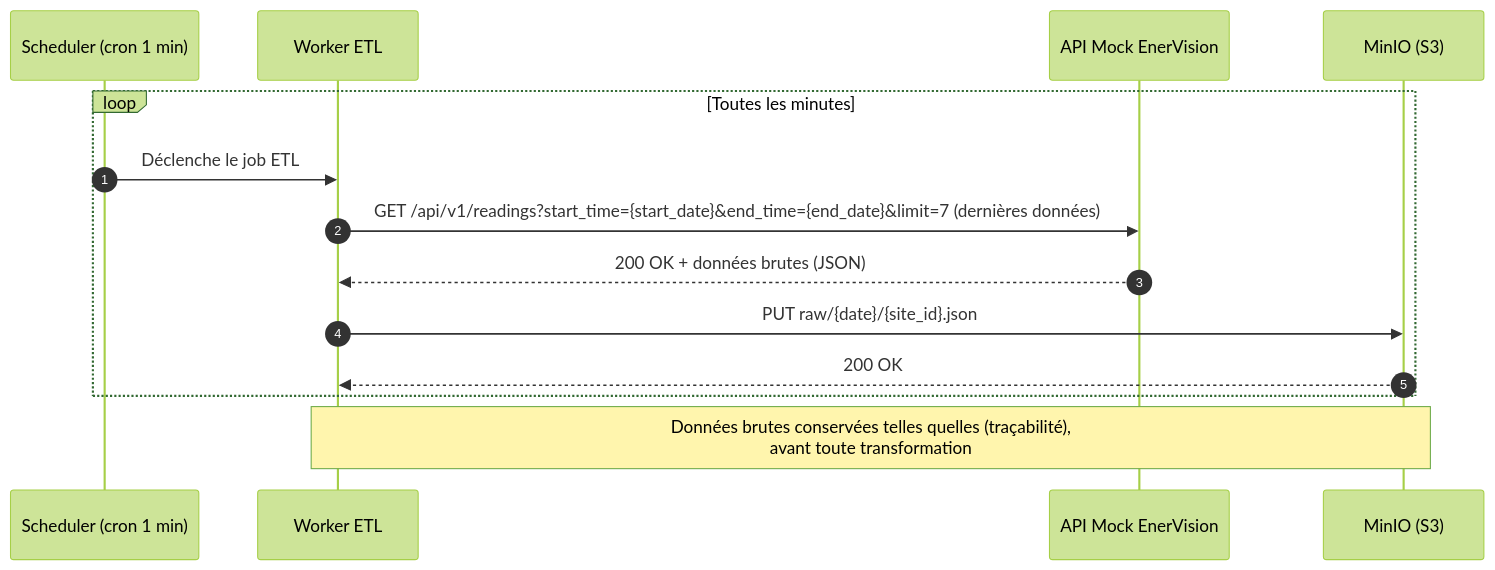
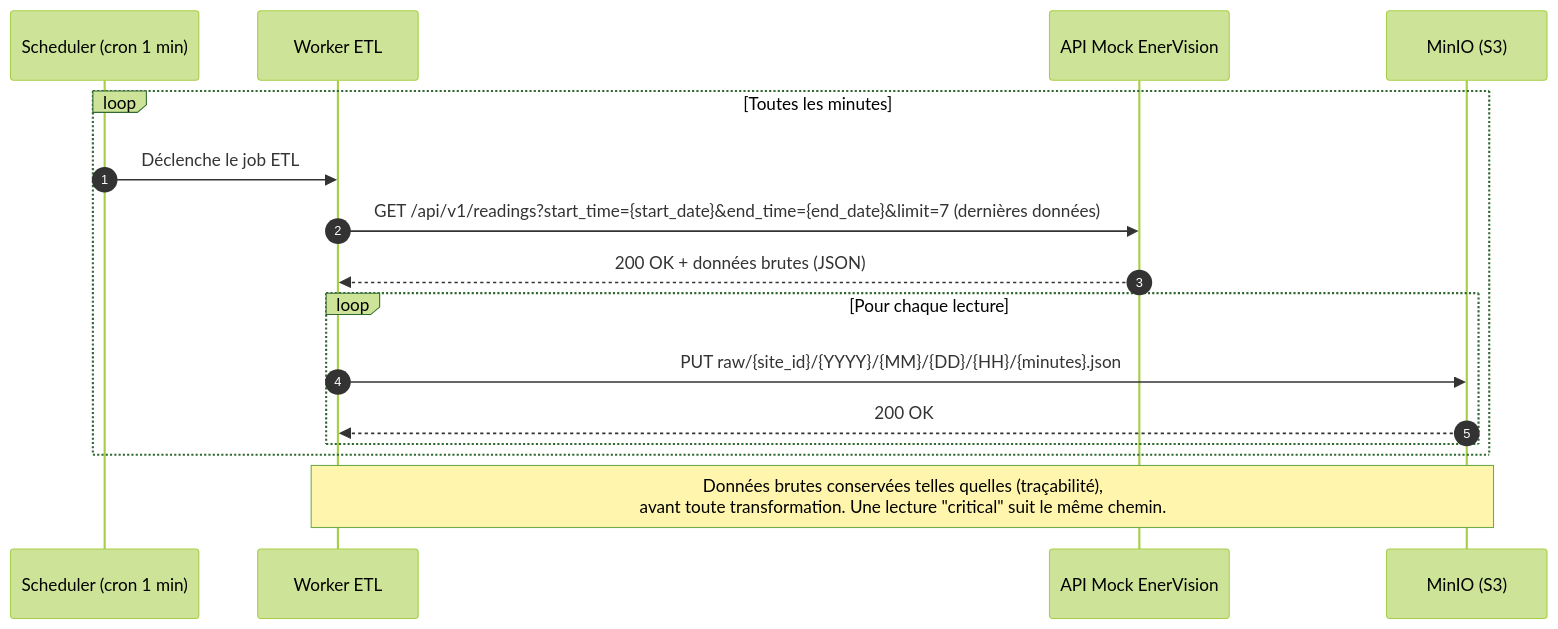
The diagram in docs/seq_etl.md (PetitPingu/EnerVision), drawn with Mermaid (forest theme) before and after one commit. The commit also changed other lines of this file and 36 other files, not shown here.

````diff
--- a/docs/seq_etl.md
+++ b/docs/seq_etl.md
@@ -7,18 +12,20 @@
 ```mermaid
 sequenceDiagram
     autonumber
     participant Cron as Scheduler (cron 1 min)
     participant Worker as Worker ETL
     participant Mock as API Mock EnerVision
     participant MinIO as MinIO (S3)
- 
+
     loop Toutes les minutes
         Cron->>Worker: Déclenche le job ETL
         Worker->>Mock: GET /api/v1/readings?start_time={start_date}&end_time={end_date}&limit=7 (dernières données)
         Mock-->>Worker: 200 OK + données brutes (JSON)
-        Worker->>MinIO: PUT raw/{date}/{site_id}.json
-        MinIO-->>Worker: 200 OK
+        loop Pour chaque lecture
+            Worker->>MinIO: PUT raw/{site_id}/{YYYY}/{MM}/{DD}/{HH}/{minutes}.json
+            MinIO-->>Worker: 200 OK
+        end
     end
- 
-    Note over Worker,MinIO: Données brutes conservées telles quelles (traçabilité),<br/>avant toute transformation
+
+    Note over Worker,MinIO: Données brutes conservées telles quelles (traçabilité),<br/>avant toute transformation. Une lecture "critical" suit le même chemin.
 ```
````
